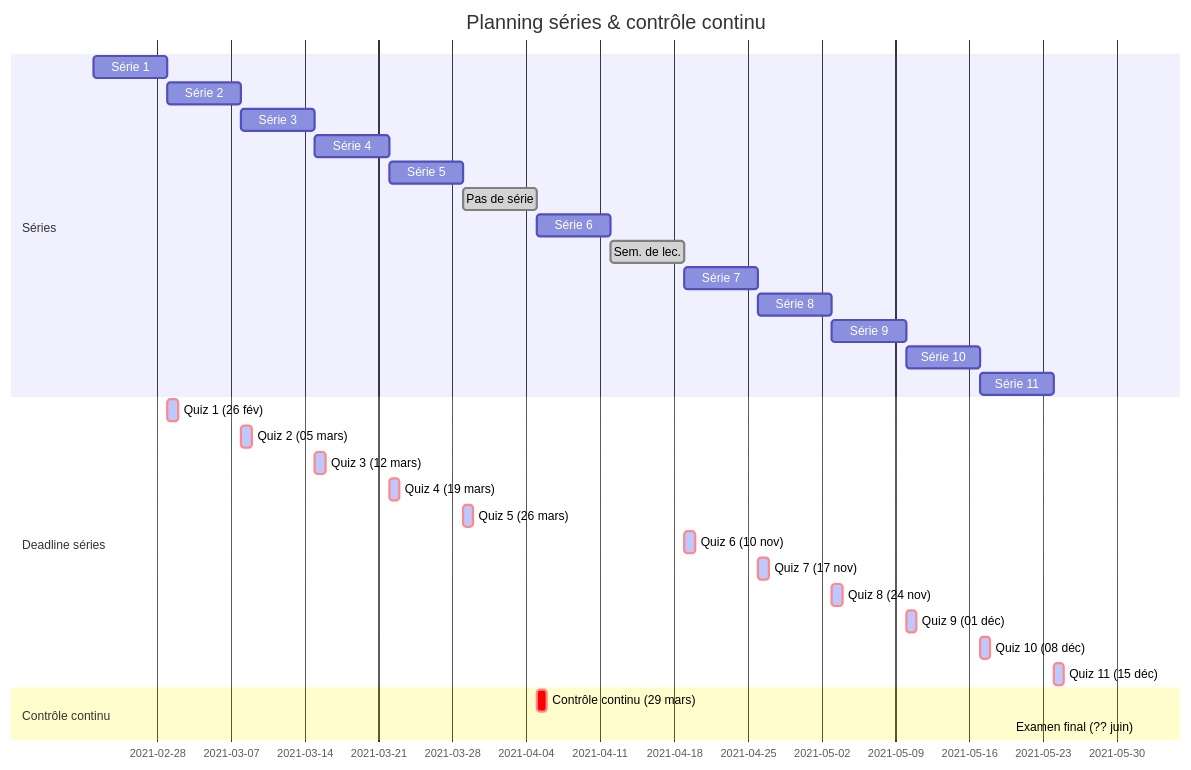
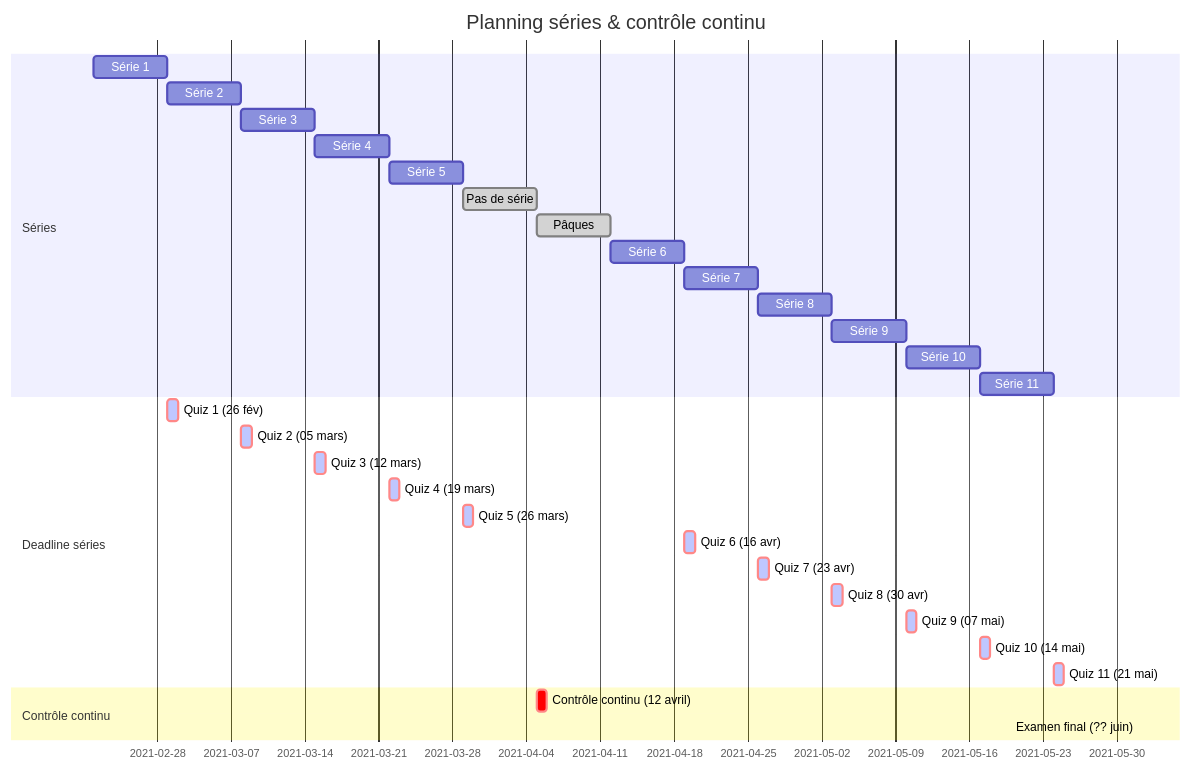
One commit to mucyok/mathI-website-GSI changed the diagram in content/Syllabus/eval.md. Above: the diagram before and after it, drawn with Mermaid.

Commit message:
update date

```diff
--- a/content/Syllabus/eval.md
+++ b/content/Syllabus/eval.md
@@ -41,34 +41,34 @@
 {{<mermaid>}}
 gantt
         dateFormat  YYYY-MM-DD
         title Planning séries & contrôle continu
         section Séries 
         Série 1            :    des1, 2021-02-22, 7d
         Série 2            :    des2, after des1, 7d
         Série 3            :    des3, after des2, 7d
         Série 4            :    des4, after des3, 7d
         Série 5            :    des5, after des4, 7d
         Pas de série       :done,    des6, after des5, 7d
-        Série 6            :    des7, after des6, 7d
-        Sem. de lec. :done,  des8, after des7, 7d
+        Pâques            :done,    des7, after des6, 7d
+        Série 6            :  des8, after des7, 7d
         Série 7            :    des9, after des8, 7d
         Série 8            :    des10, after des9, 7d
         Série 9            :    des11, after des10, 7d
         Série 10           :    des12, after des11, 7d
         Série 11           :    des13, after des12, 7d
         section Deadline séries
         Quiz 1 (26 fév)            :crit, active, after des1, 1d
         Quiz 2 (05 mars)            :crit, active, after des2, 1d
         Quiz 3 (12 mars)             :crit, active, after des3, 1d
         Quiz 4 (19 mars)             :crit, active, after des4, 1d
         Quiz 5 (26 mars)             :crit, active, after des5, 1d
-        Quiz 6 (10 nov)             :crit, active, after des8, 1d
-        Quiz 7 (17 nov)             :crit, active, after des9, 1d
-        Quiz 8 (24 nov)             :crit, active, after des10, 1d
-        Quiz 9 (01 déc)             :crit, active, after des11, 1d
-        Quiz 10 (08 déc)             :crit, active, after des12, 1d
-        Quiz 11 (15 déc)             :crit, active, after des13, 1d
+        Quiz 6 (16 avr)             :crit, active, after des8, 1d
+        Quiz 7 (23 avr)             :crit, active, after des9, 1d
+        Quiz 8 (30 avr)             :crit, active, after des10, 1d
+        Quiz 9 (07 mai)             :crit, active, after des11, 1d
+        Quiz 10 (14 mai)             :crit, active, after des12, 1d
+        Quiz 11 (21 mai)             :crit, active, after des13, 1d
         section Contrôle continu 
-        Contrôle continu (29 mars)          :crit, after des6, 1d
+        Contrôle continu (12 avril)          :crit, after des6, 1d
         Examen final (?? juin)              :crit, 2021-06-01, 1h
 {{< /mermaid >}}
```
